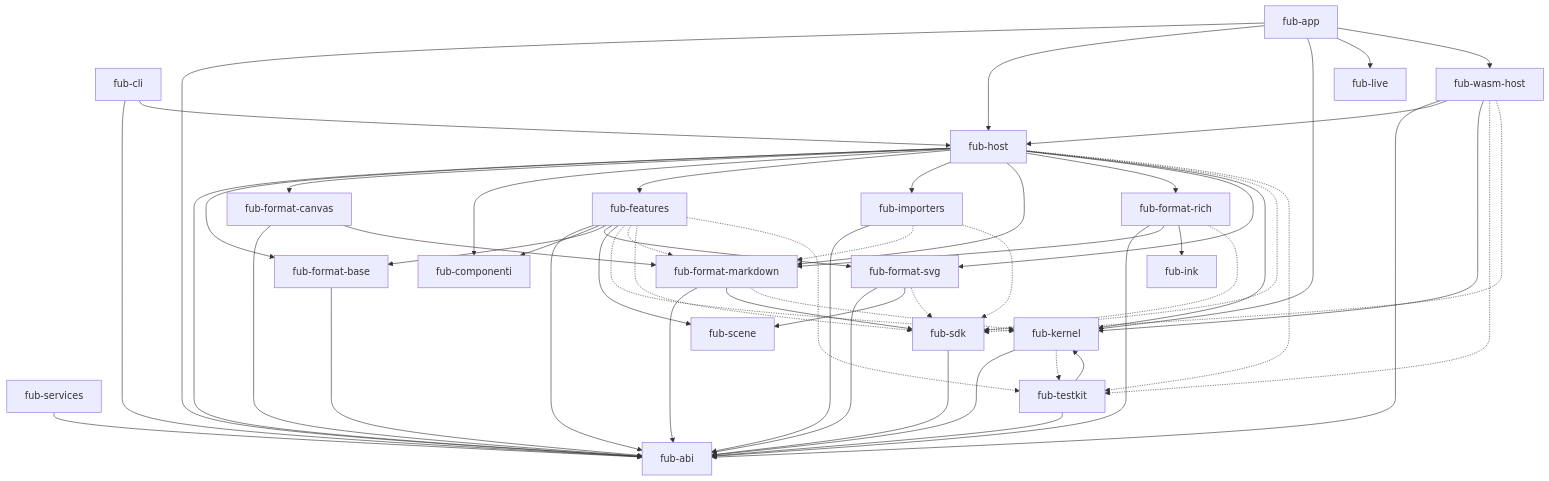
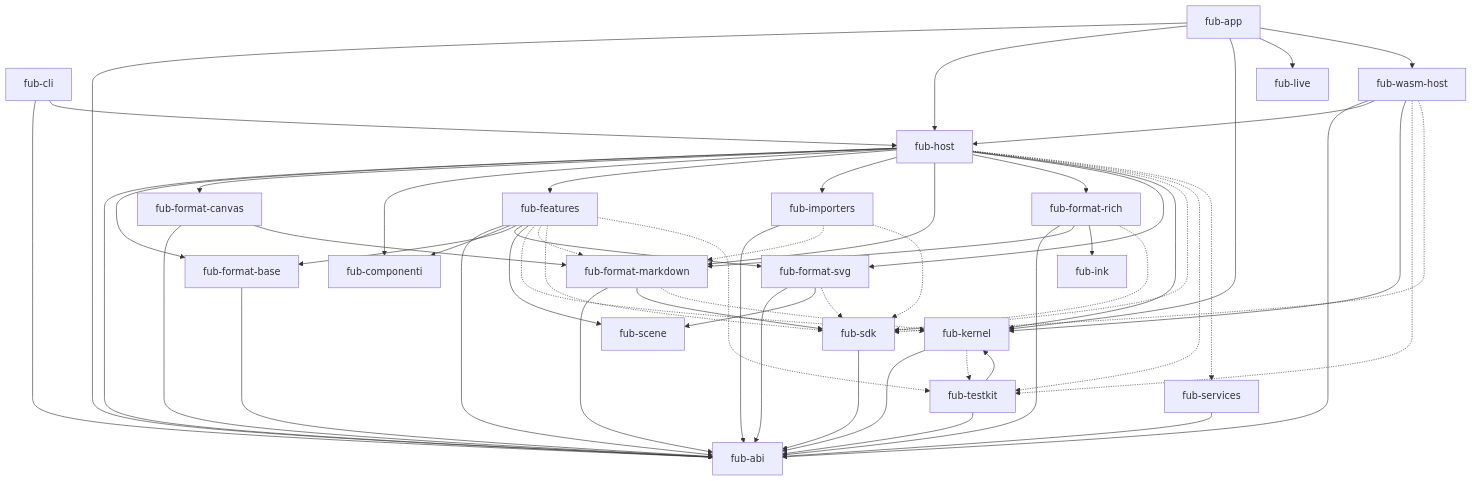
Before and after one commit to Fubeo/Fub: the first of 6 diagrams in docs/architecture/overview.md, drawn with Mermaid. The commit also changed other lines of this file and 11 other files, not shown here.

```diff
--- a/docs/architecture/overview.md
+++ b/docs/architecture/overview.md
@@ -102,6 +101,7 @@
     kernel -.-> testkit
     host -.-> sdk
     host -.-> testkit
+    host -.-> services
     wasmhost -.-> testkit
     wasmhost -.-> sdk
     importers -.-> markdown
```
